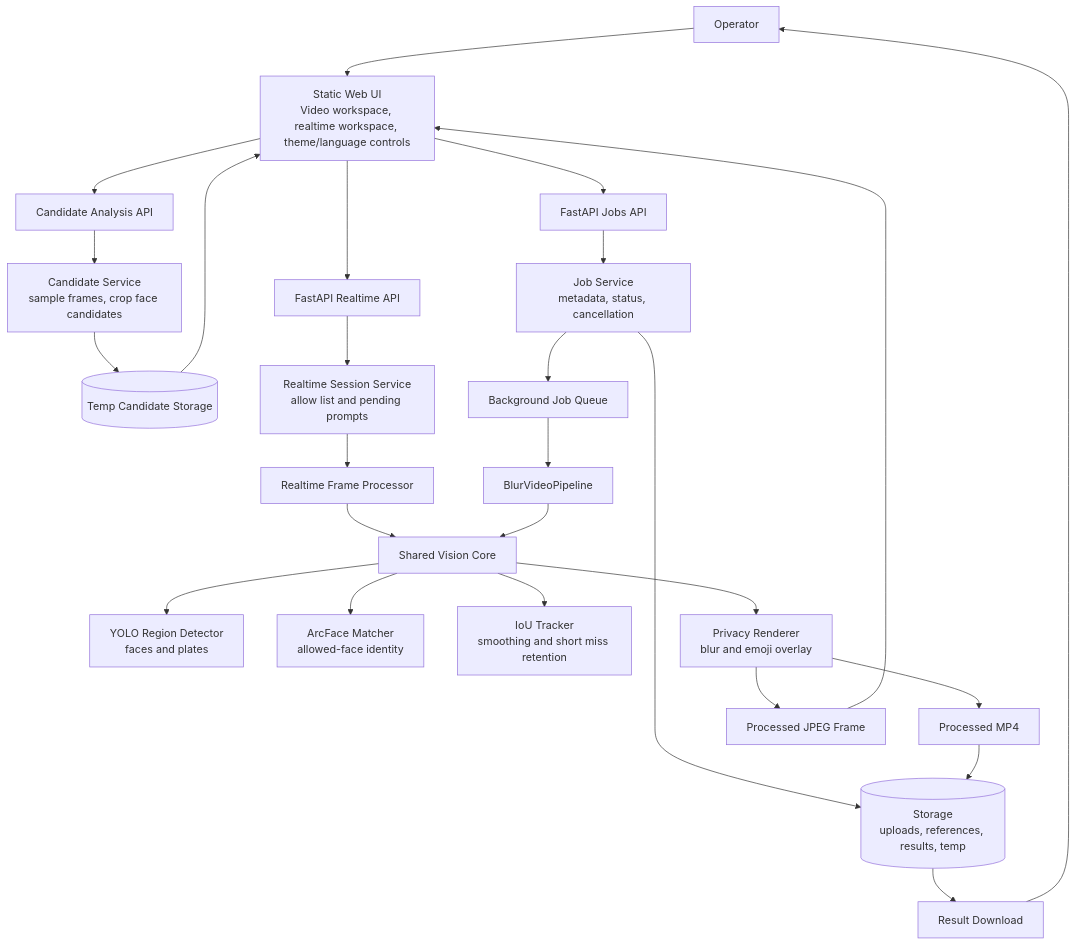
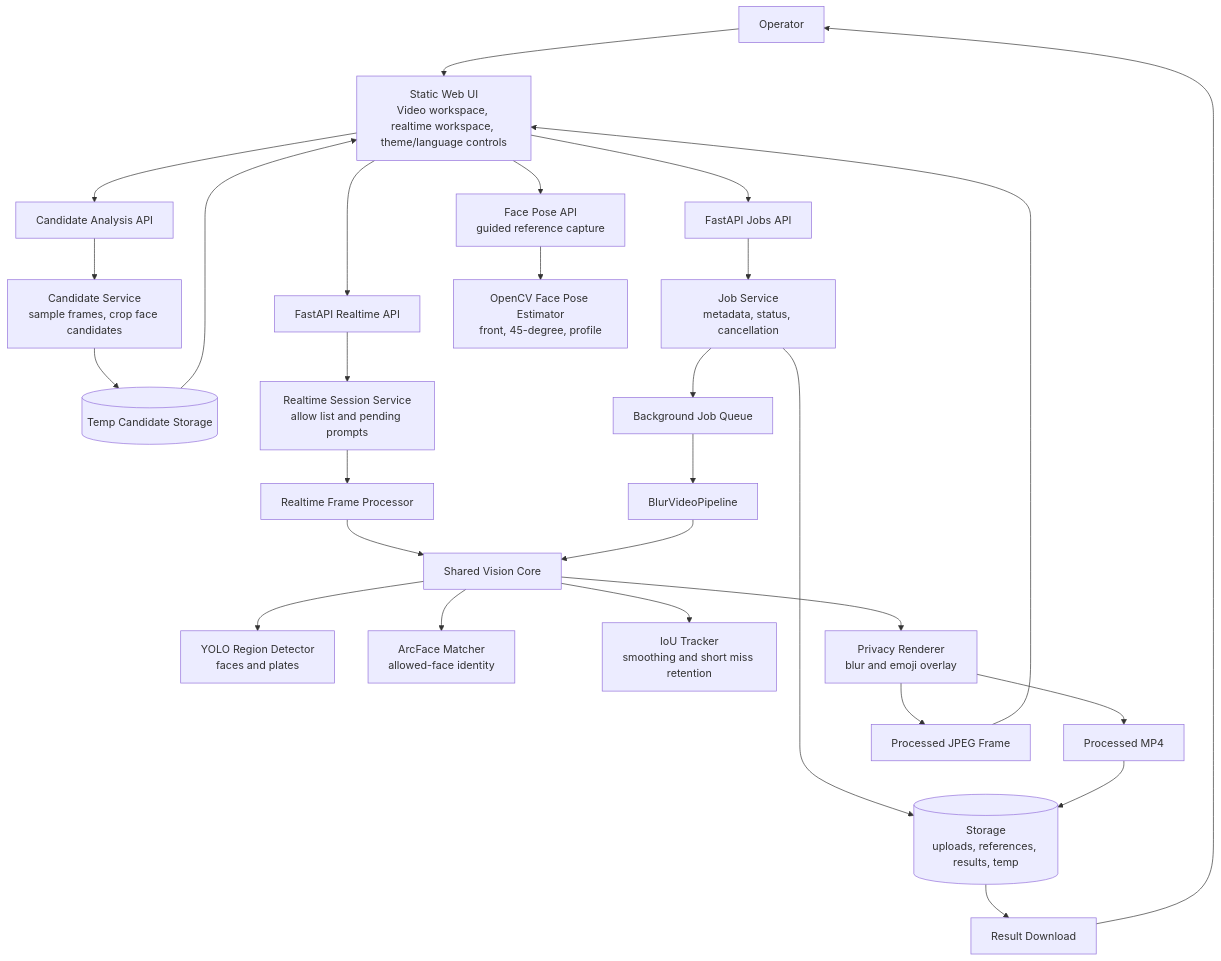
Before and after one commit to iamdbstjd/Deepdetect: the diagram in README.md, drawn with Mermaid. The commit also changed other lines of this file and 3 other files, not shown here.

First line of the commit message:
Document guided capture in both languages

````diff
--- a/README.md
+++ b/README.md
@@ -60,33 +74,35 @@
 ```mermaid
 flowchart TD
     User[Operator] --> WebUI[Static Web UI<br/>Video workspace, realtime workspace, theme/language controls]
     WebUI --> CandidateAPI[Candidate Analysis API]
     WebUI --> JobsAPI[FastAPI Jobs API]
     WebUI --> RealtimeAPI[FastAPI Realtime API]
+    WebUI --> PoseAPI[Face Pose API<br/>guided reference capture]
 
     CandidateAPI --> CandidateService[Candidate Service<br/>sample frames, crop face candidates]
     CandidateService --> TempStorage[(Temp Candidate Storage)]
     TempStorage --> WebUI
     JobsAPI --> JobService[Job Service<br/>metadata, status, cancellation]
     JobService --> Queue[Background Job Queue]
     Queue --> Pipeline[BlurVideoPipeline]
 
     RealtimeAPI --> RealtimeSession[Realtime Session Service<br/>allow list and pending prompts]
     RealtimeSession --> FrameProcessor[Realtime Frame Processor]
     FrameProcessor --> VisionCore[Shared Vision Core]
     Pipeline --> VisionCore
+    PoseAPI --> PoseEstimator[OpenCV Face Pose Estimator<br/>front, 45-degree, profile]
 
     VisionCore --> Detector[YOLO Region Detector<br/>faces and plates]
     VisionCore --> Matcher[ArcFace Matcher<br/>allowed-face identity]
     VisionCore --> Tracker[IoU Tracker<br/>smoothing and short miss retention]
     VisionCore --> Renderer[Privacy Renderer<br/>blur and emoji overlay]
 
     Renderer --> OutputVideo[Processed MP4]
     Renderer --> OutputFrame[Processed JPEG Frame]
 
     JobService --> Storage[(Storage<br/>uploads, references, results, temp)]
     OutputVideo --> Storage
     Storage --> Download[Result Download]
     Download --> User
     OutputFrame --> WebUI
 ```
````
